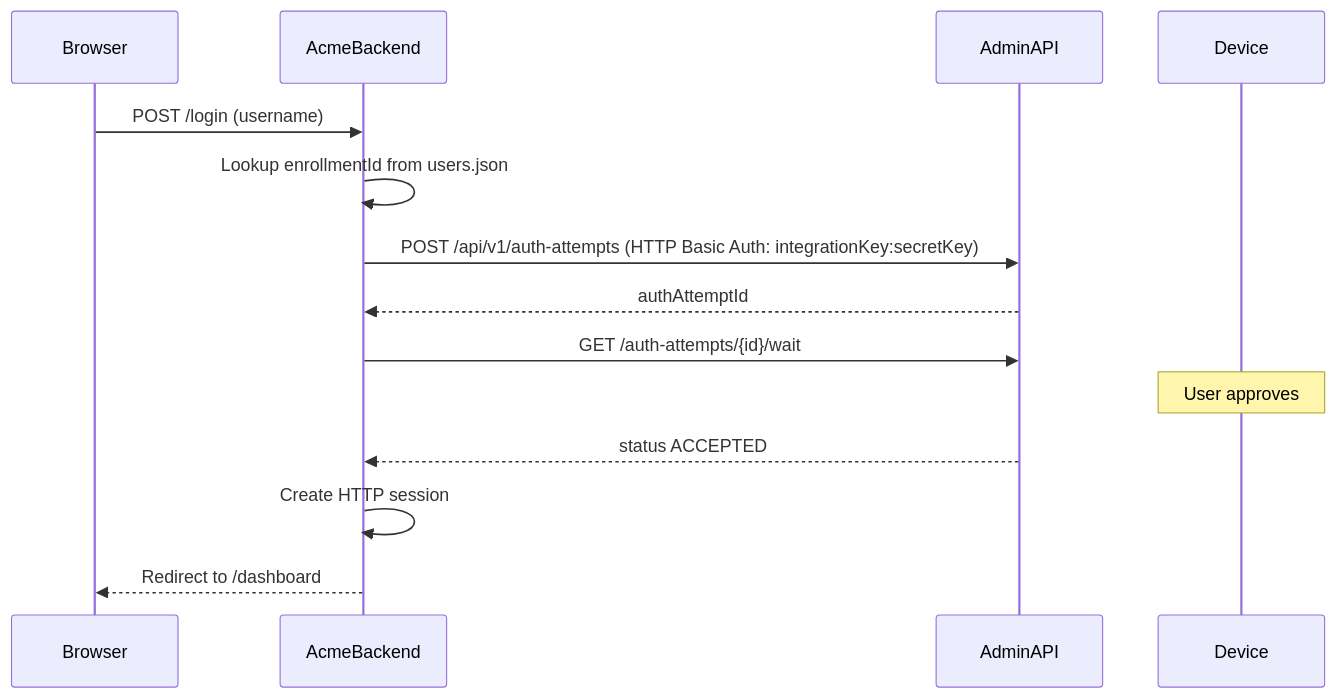
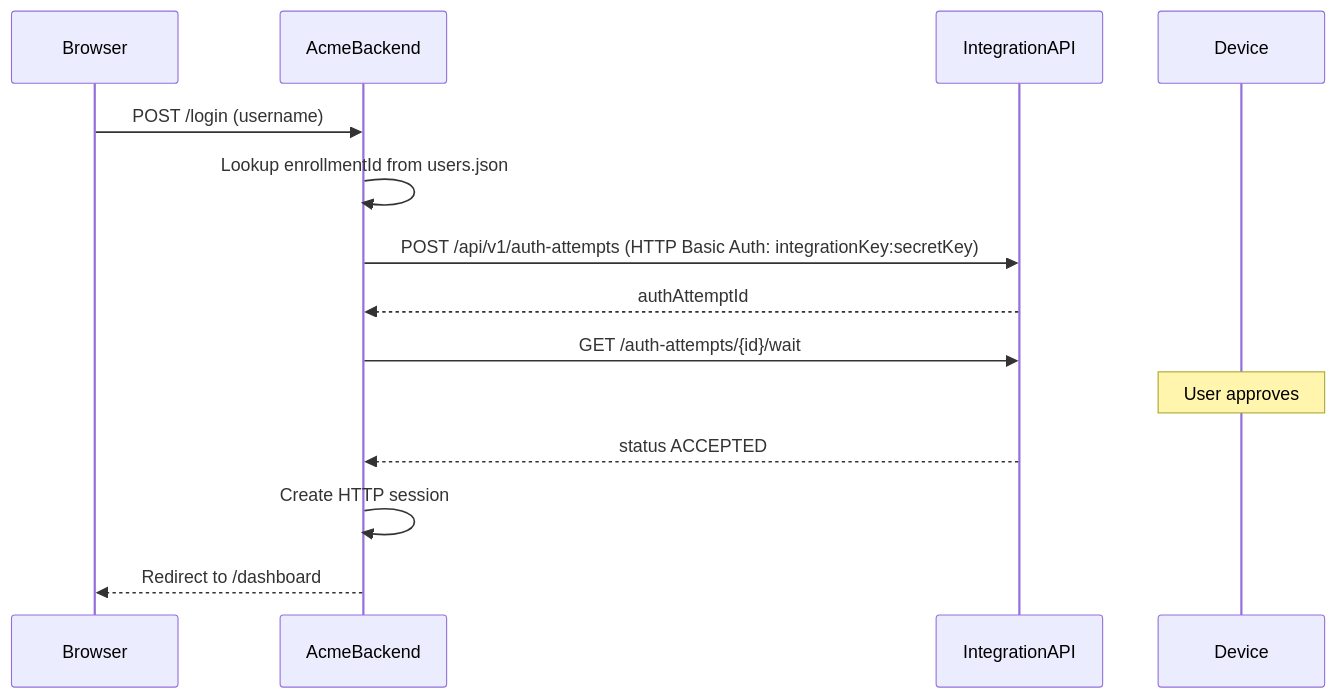
One commit to mgagp/ezkey changed the diagram in ezkey-demo-app-acme/README.md. Above: the diagram before and after it, drawn with Mermaid. The commit also changed other lines of this file and 67 other files, not shown here.

````diff
--- a/ezkey-demo-app-acme/README.md
+++ b/ezkey-demo-app-acme/README.md
@@ -46,17 +46,17 @@
 ```mermaid
 sequenceDiagram
     participant Browser
     participant AcmeBackend
-    participant AdminAPI
+    participant IntegrationAPI
     participant Device
 
     Browser->>AcmeBackend: POST /login (username)
     AcmeBackend->>AcmeBackend: Lookup enrollmentId from users.json
-    AcmeBackend->>AdminAPI: POST /api/v1/auth-attempts (HTTP Basic Auth: integrationKey:secretKey)
-    AdminAPI-->>AcmeBackend: authAttemptId
-    AcmeBackend->>AdminAPI: GET /auth-attempts/{id}/wait
+    AcmeBackend->>IntegrationAPI: POST /api/v1/auth-attempts (HTTP Basic Auth: integrationKey:secretKey)
+    IntegrationAPI-->>AcmeBackend: authAttemptId
+    AcmeBackend->>IntegrationAPI: GET /auth-attempts/{id}/wait
     Note over Device: User approves
-    AdminAPI-->>AcmeBackend: status ACCEPTED
+    IntegrationAPI-->>AcmeBackend: status ACCEPTED
     AcmeBackend->>AcmeBackend: Create HTTP session
     AcmeBackend-->>Browser: Redirect to /dashboard
 ```
````
